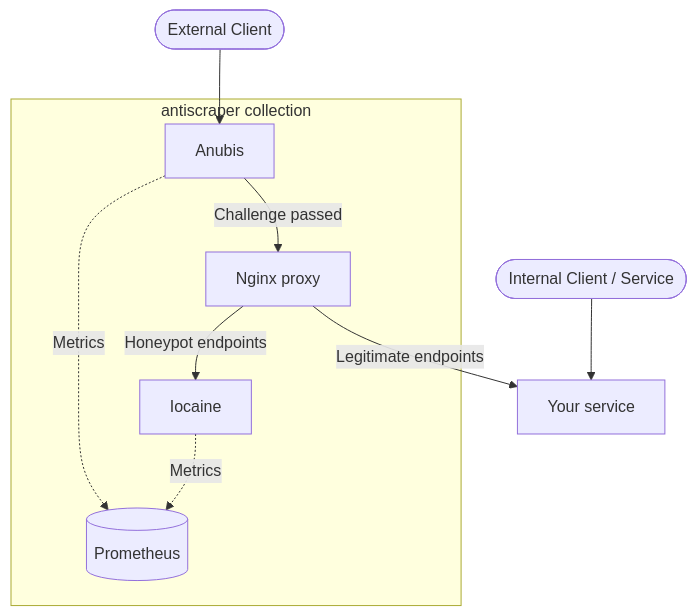
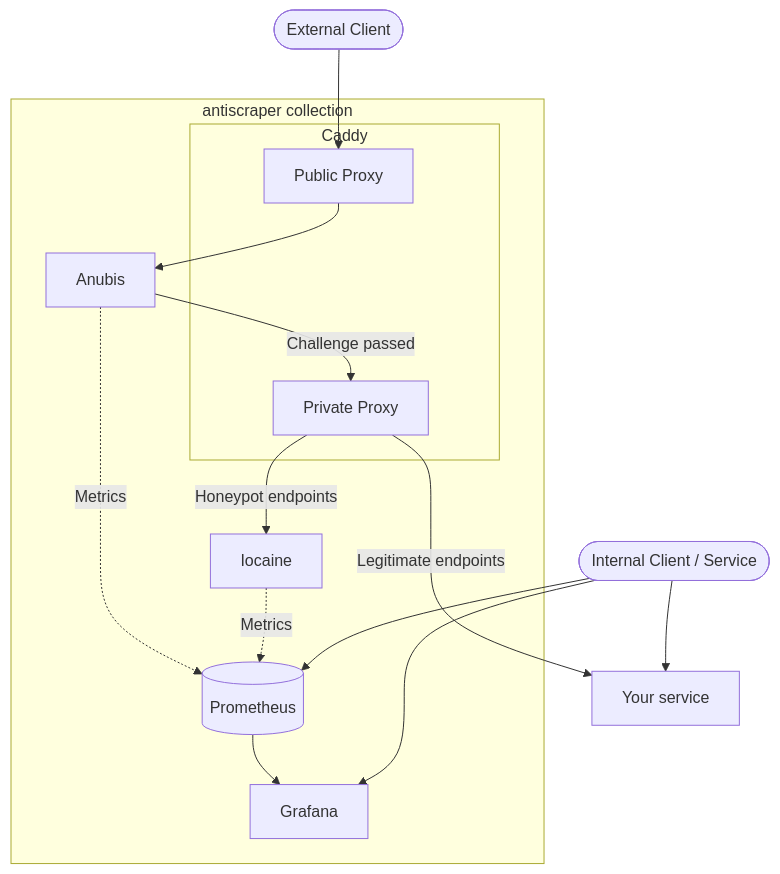
Before and after one commit to cptlobster/bene-gesserit: the diagram in README.md, drawn with Mermaid. The commit also changed other lines of this file and 1 other file, not shown here.

Commit message:
update documentation and comments in Dockerfile

````diff
--- a/README.md
+++ b/README.md
@@ -19,23 +19,32 @@
 ```mermaid
 graph TD
     EXT([External Client])
     INT([Internal Client / Service])
 
     subgraph AS[antiscraper collection]
         ANU[Anubis]
-        NGX[Nginx proxy]
+        CAD[Caddy]
+        subgraph CAD[Caddy]
+            PUB[Public Proxy]
+            PRV[Private Proxy]
+        end
         IOC[Iocaine]
 
         PROM[(Prometheus)]
+        GRF[Grafana]
     end
 
     SVC[Your service]
 
-    EXT --> ANU
+    EXT --> PUB
+    PUB --> ANU
     INT --> SVC
-    ANU -->|Challenge passed| NGX
-    NGX -->|Legitimate endpoints| SVC
-    NGX -->|Honeypot endpoints| IOC
+    ANU -->|Challenge passed| PRV
+    PRV -->|Legitimate endpoints| SVC
+    PRV -->|Honeypot endpoints| IOC
 
     ANU & IOC -.->|Metrics| PROM
+    PROM --> GRF
+    INT --> GRF
+    INT --> PROM
 ```
````
